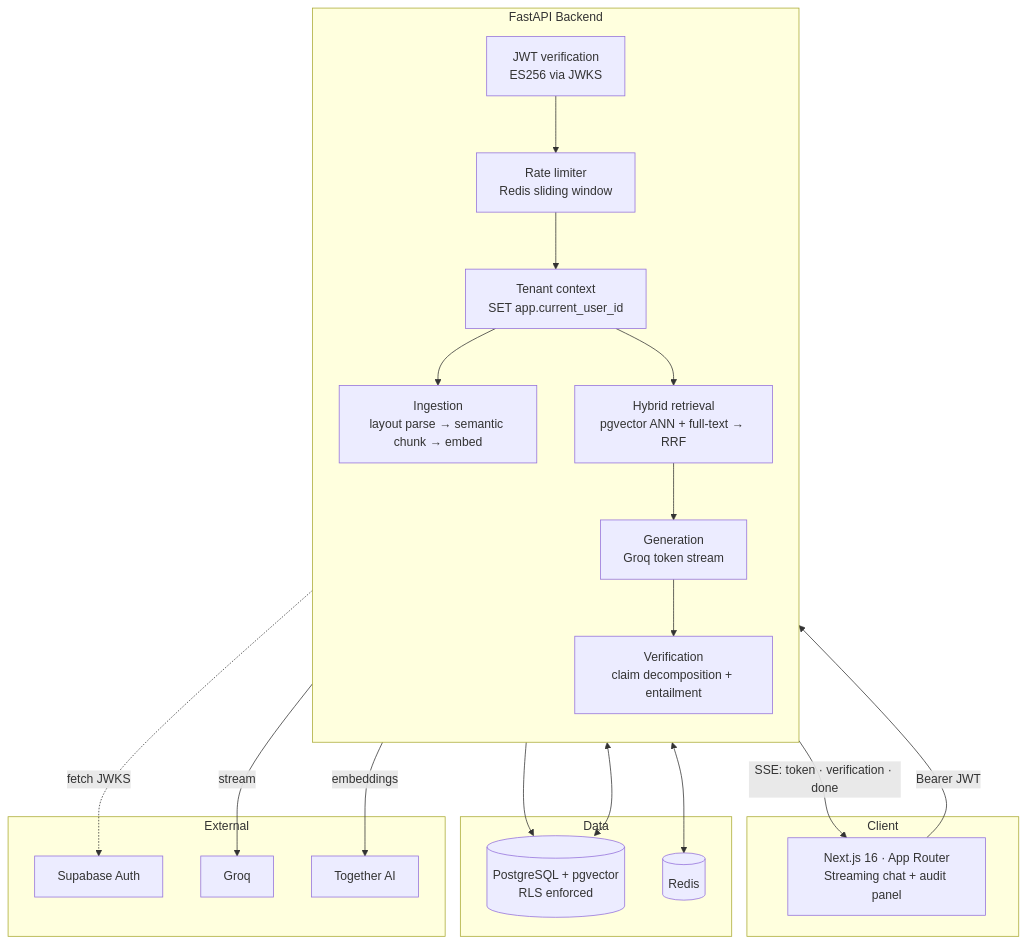
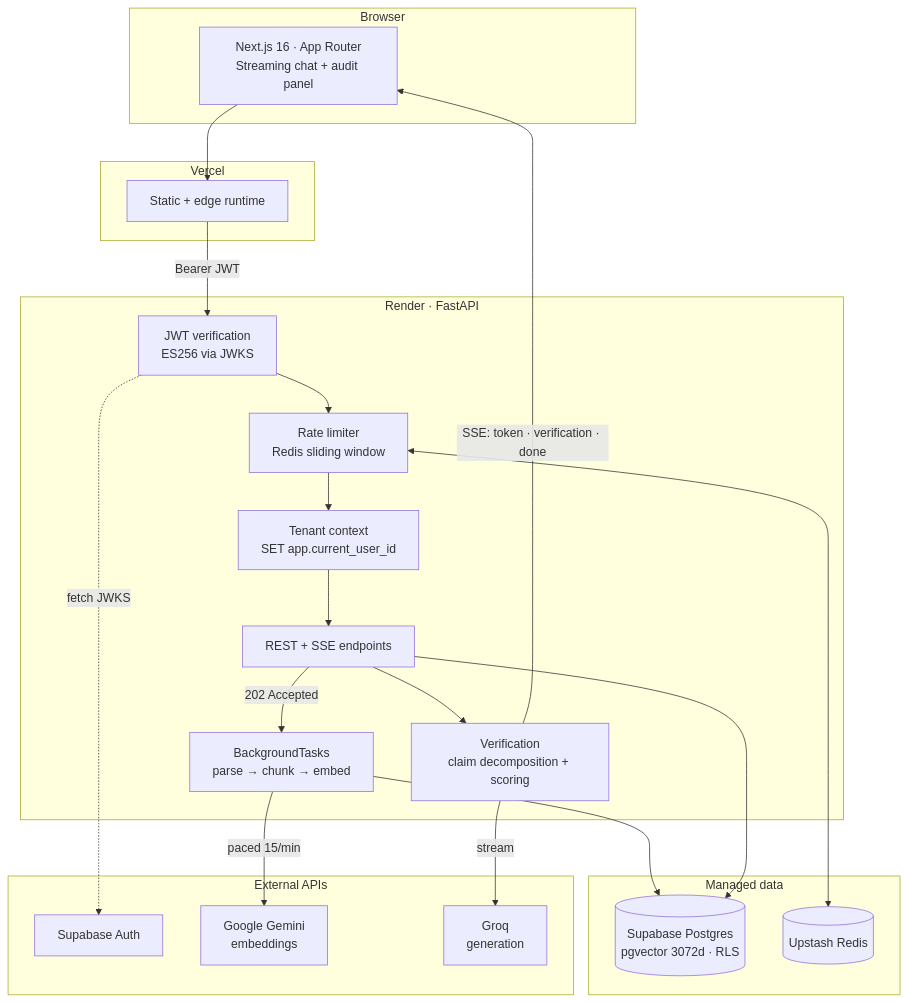
Before and after one commit to Navdeepmk1999/SourceGuard: the first of 2 diagrams in README.md, drawn with Mermaid. The commit also changed other lines of this file and 3 other files, not shown here.

Commit message:
docs: finalize comprehensive project documentation and architecture logs

````diff
--- a/README.md
+++ b/README.md
@@ -49,43 +87,45 @@
 ```mermaid
 flowchart TB
-    subgraph client["Client"]
+    subgraph client["Browser"]
         UI["Next.js 16 · App Router<br/>Streaming chat + audit panel"]
     end
 
-    subgraph api["FastAPI Backend"]
-        direction TB
+    subgraph vercel["Vercel"]
+        FE["Static + edge runtime"]
+    end
+
+    subgraph render["Render · FastAPI"]
         AUTH["JWT verification<br/>ES256 via JWKS"]
         RL["Rate limiter<br/>Redis sliding window"]
-        RLS_CTX["Tenant context<br/>SET app.current_user_id"]
-        ING["Ingestion<br/>layout parse → semantic chunk → embed"]
-        RET["Hybrid retrieval<br/>pgvector ANN + full-text → RRF"]
-        GEN["Generation<br/>Groq token stream"]
-        VER["Verification<br/>claim decomposition + entailment"]
+        TEN["Tenant context<br/>SET app.current_user_id"]
+        API["REST + SSE endpoints"]
+        BG["BackgroundTasks<br/>parse → chunk → embed"]
+        VER["Verification<br/>claim decomposition + scoring"]
     end
 
-    subgraph data["Data"]
-        PG[("PostgreSQL + pgvector<br/>RLS enforced")]
-        RD[("Redis")]
+    subgraph data["Managed data"]
+        PG[("Supabase Postgres<br/>pgvector 3072d · RLS")]
+        RD[("Upstash Redis")]
     end
 
-    subgraph ext["External"]
+    subgraph ext["External APIs"]
         SB["Supabase Auth"]
-        GQ["Groq"]
-        TG["Together AI"]
+        GEM["Google Gemini<br/>embeddings"]
+        GROQ["Groq<br/>generation"]
     end
 
-    UI -->|"Bearer JWT"| AUTH
+    UI --> FE
+    FE -->|"Bearer JWT"| AUTH
     AUTH -.->|"fetch JWKS"| SB
     AUTH --> RL
     RL <--> RD
-    RL --> RLS_CTX
-    RLS_CTX --> ING
-    RLS_CTX --> RET
-    ING -->|embeddings| TG
-    ING --> PG
-    RET <--> PG
-    RET --> GEN
-    GEN -->|stream| GQ
-    GEN --> VER
+    RL --> TEN
+    TEN --> API
+    API -->|"202 Accepted"| BG
+    BG -->|"paced 15/min"| GEM
+    BG --> PG
+    API --> PG
+    API --> VER
+    VER -->|stream| GROQ
     VER -->|"SSE: token · verification · done"| UI
 ```
````
